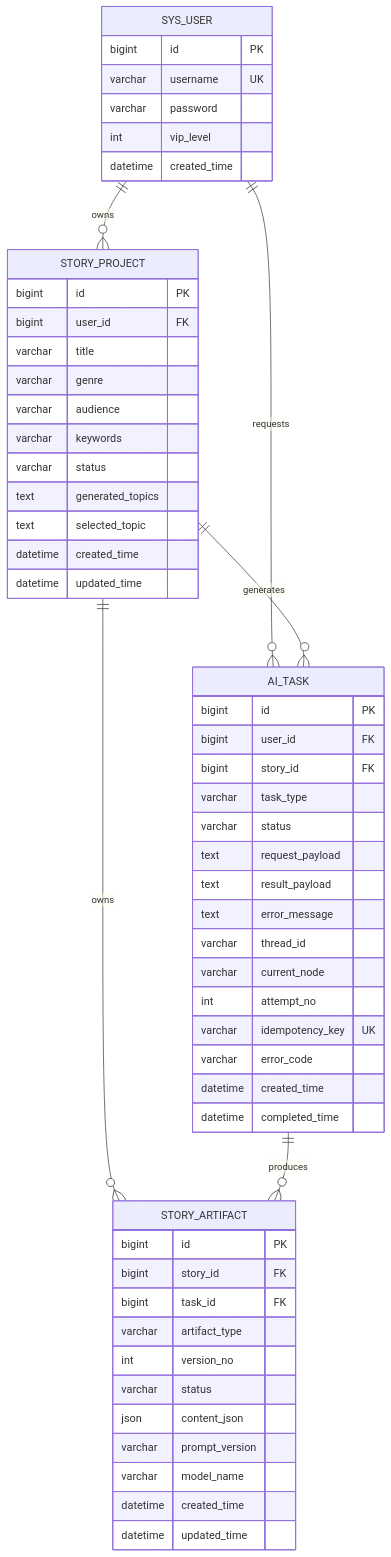
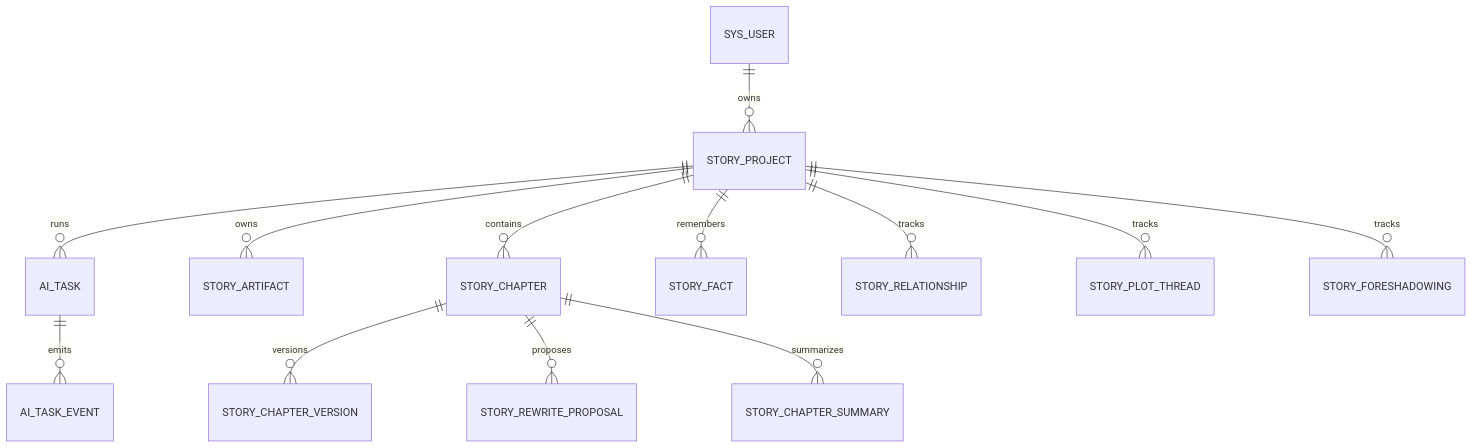
One commit to Redchar1992/Argus changed the third of 3 diagrams in story-forge-ai/docs/architecture.md. Above: the diagram before and after it, drawn with Mermaid. The commit also changed other lines of this file and 137 other files, not shown here.

First line of the commit message:
feat(story-forge): add chapter writing workspace

````diff
--- a/story-forge-ai/docs/architecture.md
+++ b/story-forge-ai/docs/architecture.md
@@ -82,62 +135,15 @@
 ```mermaid
 erDiagram
   SYS_USER ||--o{ STORY_PROJECT : owns
-  SYS_USER ||--o{ AI_TASK : requests
-  STORY_PROJECT ||--o{ AI_TASK : generates
+  STORY_PROJECT ||--o{ AI_TASK : runs
   STORY_PROJECT ||--o{ STORY_ARTIFACT : owns
-  AI_TASK ||--o{ STORY_ARTIFACT : produces
-
-  SYS_USER {
-    bigint id PK
-    varchar username UK
-    varchar password
-    int vip_level
-    datetime created_time
-  }
-
-  STORY_PROJECT {
-    bigint id PK
-    bigint user_id FK
-    varchar title
-    varchar genre
-    varchar audience
-    varchar keywords
-    varchar status
-    text generated_topics
-    text selected_topic
-    datetime created_time
-    datetime updated_time
-  }
-
-  AI_TASK {
-    bigint id PK
-    bigint user_id FK
-    bigint story_id FK
-    varchar task_type
-    varchar status
-    text request_payload
-    text result_payload
-    text error_message
-    varchar thread_id
-    varchar current_node
-    int attempt_no
-    varchar idempotency_key UK
-    varchar error_code
-    datetime created_time
-    datetime completed_time
-  }
-
-  STORY_ARTIFACT {
-    bigint id PK
-    bigint story_id FK
-    bigint task_id FK
-    varchar artifact_type
-    int version_no
-    varchar status
-    json content_json
-    varchar prompt_version
-    varchar model_name
-    datetime created_time
-    datetime updated_time
-  }
+  STORY_PROJECT ||--o{ STORY_CHAPTER : contains
+  STORY_CHAPTER ||--o{ STORY_CHAPTER_VERSION : versions
+  STORY_CHAPTER ||--o{ STORY_REWRITE_PROPOSAL : proposes
+  STORY_CHAPTER ||--o{ STORY_CHAPTER_SUMMARY : summarizes
+  AI_TASK ||--o{ AI_TASK_EVENT : emits
+  STORY_PROJECT ||--o{ STORY_FACT : remembers
+  STORY_PROJECT ||--o{ STORY_RELATIONSHIP : tracks
+  STORY_PROJECT ||--o{ STORY_PLOT_THREAD : tracks
+  STORY_PROJECT ||--o{ STORY_FORESHADOWING : tracks
 ```
````
